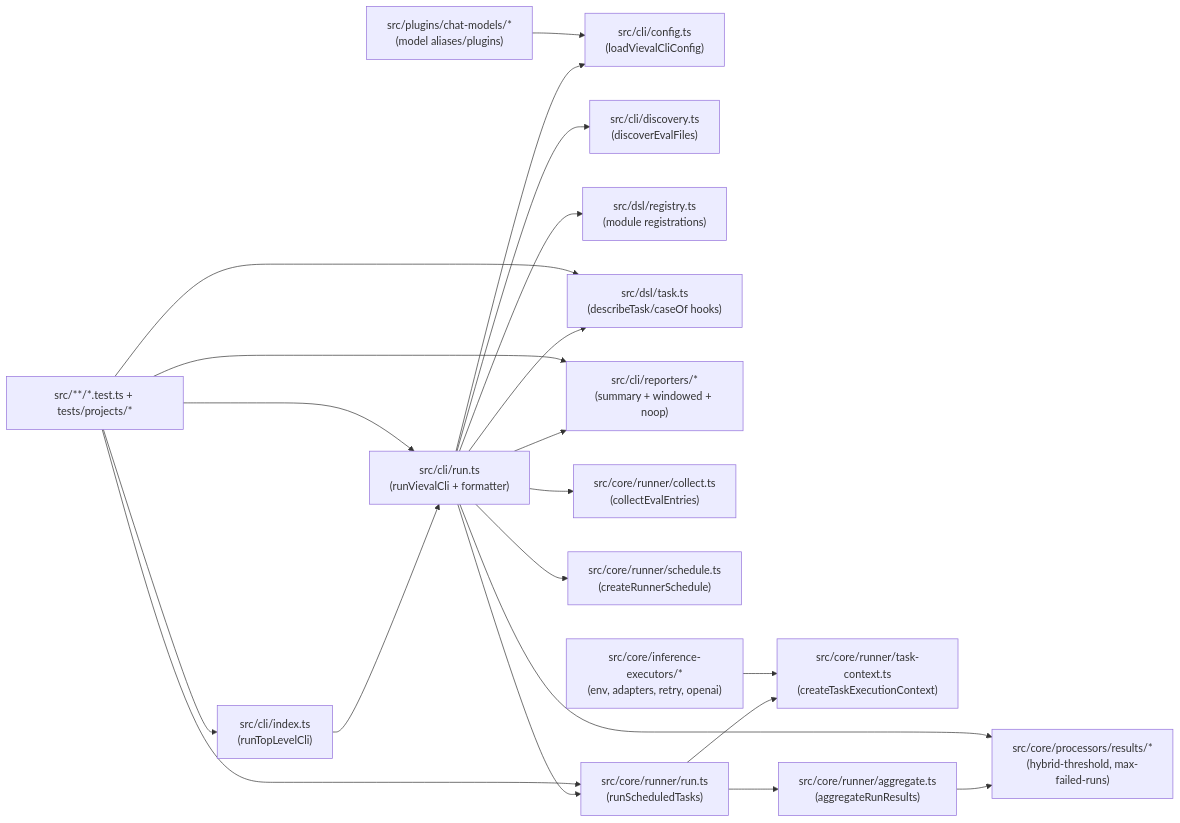
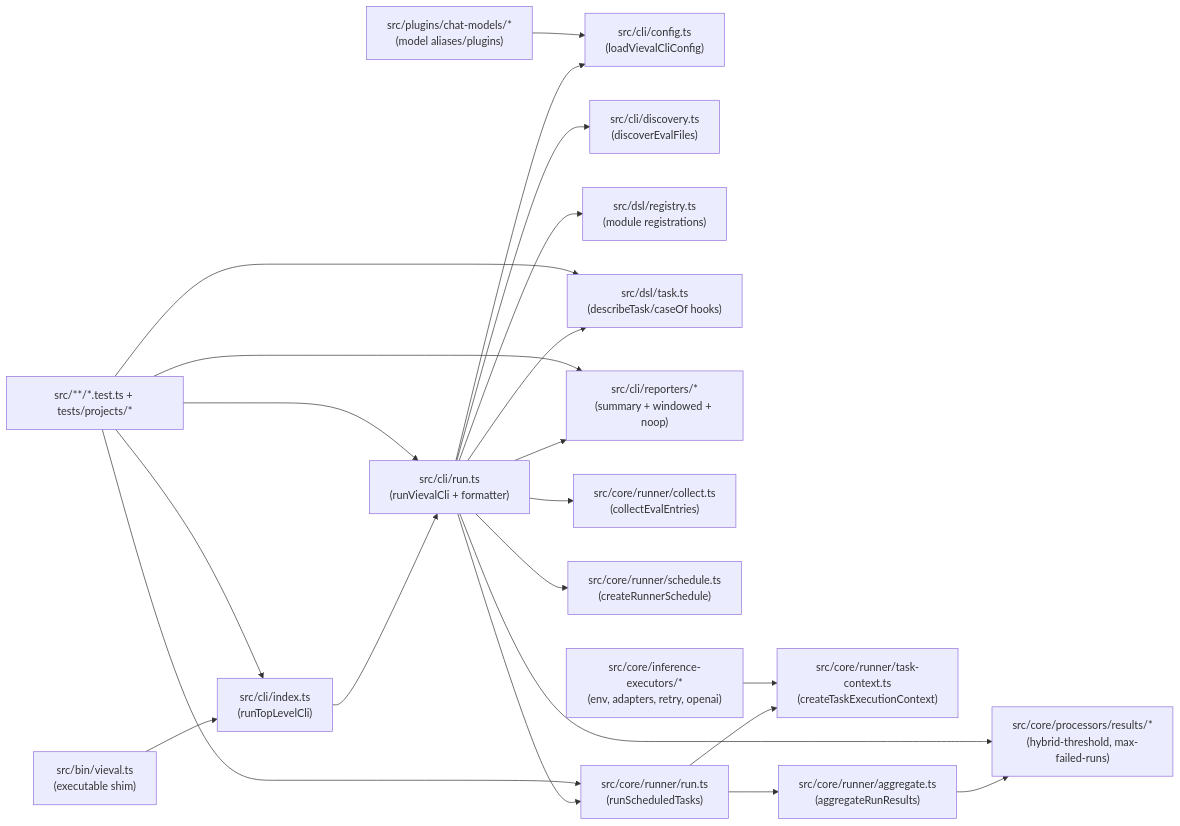
The first of 2 diagrams in packages/vieval/README.md (vieval-dev/vieval), drawn with Mermaid before and after one commit. The commit also changed other lines of this file and 5 other files, not shown here.

````diff
--- a/packages/vieval/README.md
+++ b/packages/vieval/README.md
@@ -94,27 +94,28 @@
 ```mermaid
 flowchart LR
-  CLI["src/cli/index.ts\n(runTopLevelCli)"] --> RUN["src/cli/run.ts\n(runVievalCli + formatter)"]
+  BIN["src/bin/vieval.ts\n(executable shim)"] --> CLI["src/cli/index.ts\n(runTopLevelCli)"]
+  CLI --> RUN["src/cli/run.ts\n(runVievalCli + formatter)"]
   RUN --> CFG["src/cli/config.ts\n(loadVievalCliConfig)"]
   RUN --> DISC["src/cli/discovery.ts\n(discoverEvalFiles)"]
   RUN --> REG["src/dsl/registry.ts\n(module registrations)"]
   RUN --> DSL["src/dsl/task.ts\n(describeTask/caseOf hooks)"]
   RUN --> REP["src/cli/reporters/*\n(summary + windowed + noop)"]
 
   RUN --> COLLECT["src/core/runner/collect.ts\n(collectEvalEntries)"]
   RUN --> SCHEDULE["src/core/runner/schedule.ts\n(createRunnerSchedule)"]
   RUN --> EXEC["src/core/runner/run.ts\n(runScheduledTasks)"]
   EXEC --> CTX["src/core/runner/task-context.ts\n(createTaskExecutionContext)"]
   EXEC --> AGG["src/core/runner/aggregate.ts\n(aggregateRunResults)"]
 
   AGG --> POLICY["src/core/processors/results/*\n(hybrid-threshold, max-failed-runs)"]
   RUN --> POLICY
 
   PROVIDERS["src/core/inference-executors/*\n(env, adapters, retry, openai)"] --> CTX
   PLUGINS["src/plugins/chat-models/*\n(model aliases/plugins)"] --> CFG
 
   TESTS["src/**/*.test.ts + tests/projects/*"] --> CLI
   TESTS --> RUN
   TESTS --> EXEC
   TESTS --> DSL
   TESTS --> REP
 ```
````
